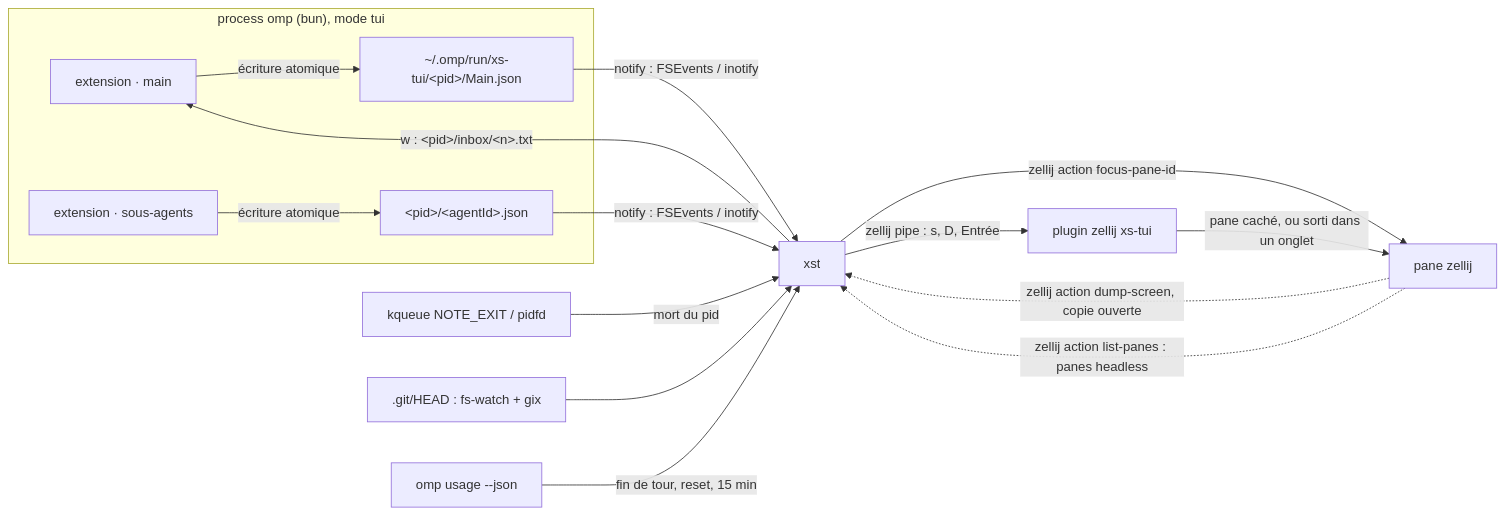
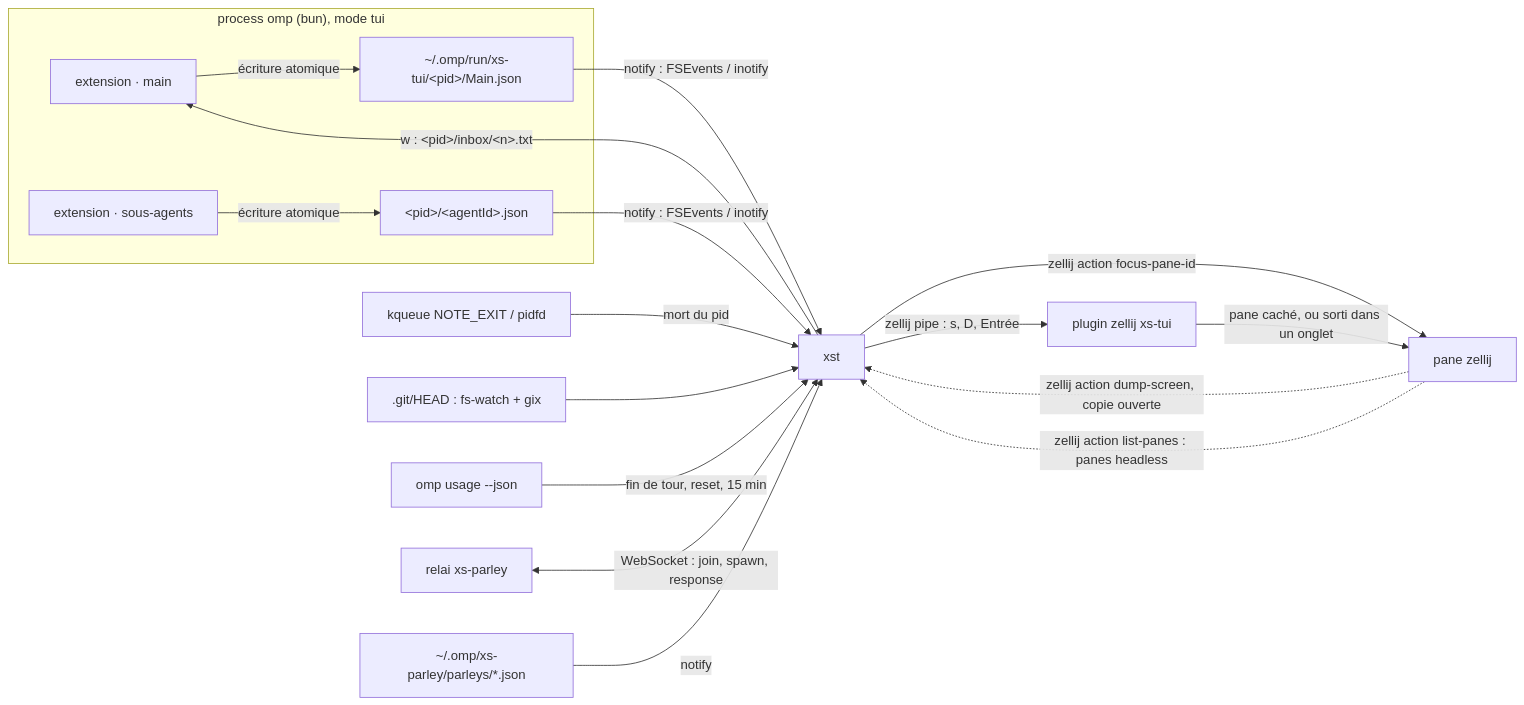
One commit to scolomer/xs-tui changed the diagram in SPEC.md. Above: the diagram before and after it, drawn with Mermaid. The commit also changed other lines of this file and 21 other files, not shown here.

````diff
--- a/SPEC.md
+++ b/SPEC.md
@@ -29,17 +31,19 @@
 ```mermaid
 flowchart LR
   subgraph omp["process omp (bun), mode tui"]
     M[extension · main] -->|écriture atomique| F1["~/.omp/run/xs-tui/&lt;pid&gt;/Main.json"]
     S[extension · sous-agents] -->|écriture atomique| F2["&lt;pid&gt;/&lt;agentId&gt;.json"]
   end
   F1 & F2 -->|notify : FSEvents / inotify| T[xst]
   T -->|w : &lt;pid&gt;/inbox/&lt;n&gt;.txt| M
   K[kqueue NOTE_EXIT / pidfd] -->|mort du pid| T
   G[".git/HEAD : fs-watch + gix"] --> T
   T -->|zellij action focus-pane-id| Z[pane zellij]
   Z -.->|zellij action dump-screen, copie ouverte| T
   T -->|zellij pipe : s, D, Entrée| P[plugin zellij xs-tui]
   P -->|pane caché, ou sorti dans un onglet| Z
   Z -.->|zellij action list-panes : panes headless| T
   U["omp usage --json"] -->|fin de tour, reset, 15 min| T
+  R[relai xs-parley] <-->|WebSocket : join, spawn, response| T
+  X["~/.omp/xs-parley/parleys/*.json"] -->|notify| T
 ```
````
